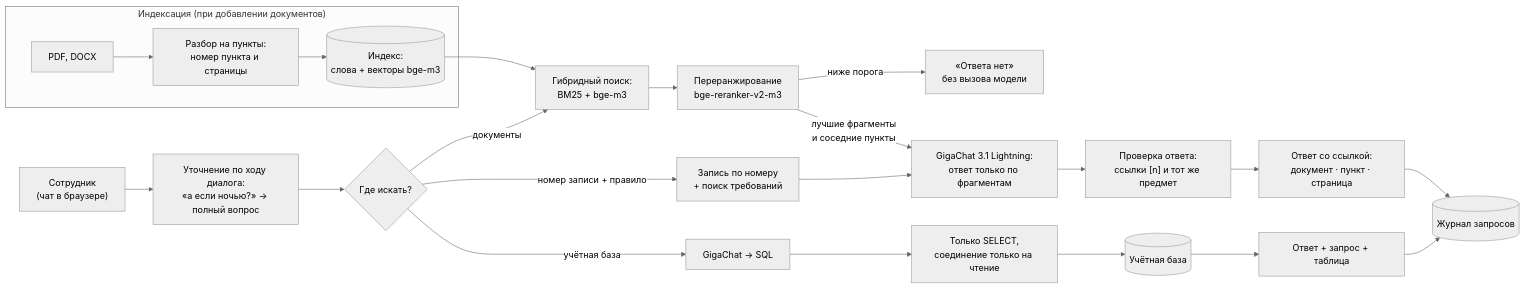
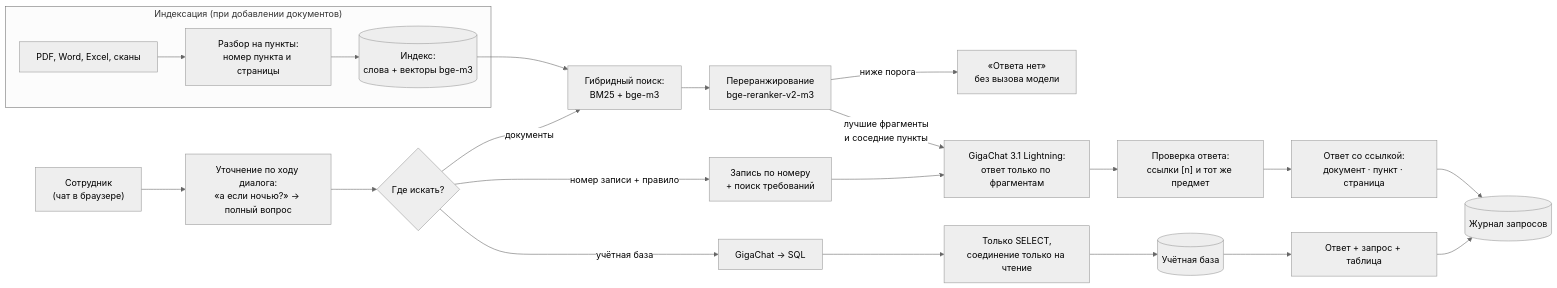
Before and after one commit to imaO0O/acselerator: the diagram in README.md, drawn with Mermaid (neutral theme). The commit also changed other lines of this file and 38 other files, not shown here.

````diff
--- a/README.md
+++ b/README.md
@@ -92,22 +92,22 @@
 ```mermaid
 flowchart LR
     subgraph IDX["Индексация (при добавлении документов)"]
-        D["PDF, DOCX"] --> P["Разбор на пункты:<br/>номер пункта и страницы"] --> I[("Индекс:<br/>слова + векторы bge-m3")]
+        D["PDF, Word, Excel, сканы"] --> P["Разбор на пункты:<br/>номер пункта и страницы"] --> I[("Индекс:<br/>слова + векторы bge-m3")]
     end
     U["Сотрудник<br/>(чат в браузере)"] --> H["Уточнение по ходу диалога:<br/>«а если ночью?» → полный вопрос"] --> R{"Где искать?"}
     R -->|документы| S["Гибридный поиск:<br/>BM25 + bge-m3"]
     I --> S
     S --> RR["Переранжирование<br/>bge-reranker-v2-m3"]
     RR -->|"ниже порога"| N["«Ответа нет»<br/>без вызова модели"]
     RR -->|"лучшие фрагменты<br/>и соседние пункты"| G["GigaChat 3.1 Lightning:<br/>ответ только по фрагментам"]
     G --> V["Проверка ответа:<br/>ссылки [n] и тот же предмет"]
     V --> A["Ответ со ссылкой:<br/>документ · пункт · страница"]
     R -->|"номер записи + правило"| B["Запись по номеру<br/>+ поиск требований"]
     B --> G
     R -->|учётная база| Q["GigaChat → SQL"]
     Q --> C["Только SELECT,<br/>соединение только на чтение"]
     C --> DB[("Учётная база")]
     DB --> A2["Ответ + запрос + таблица"]
     A --> L[("Журнал запросов")]
     A2 --> L
 ```
````
